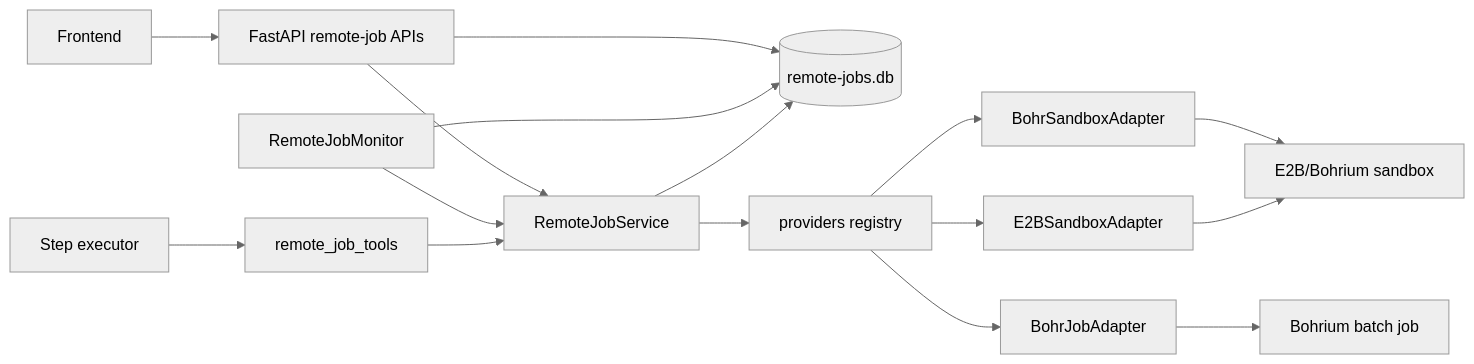
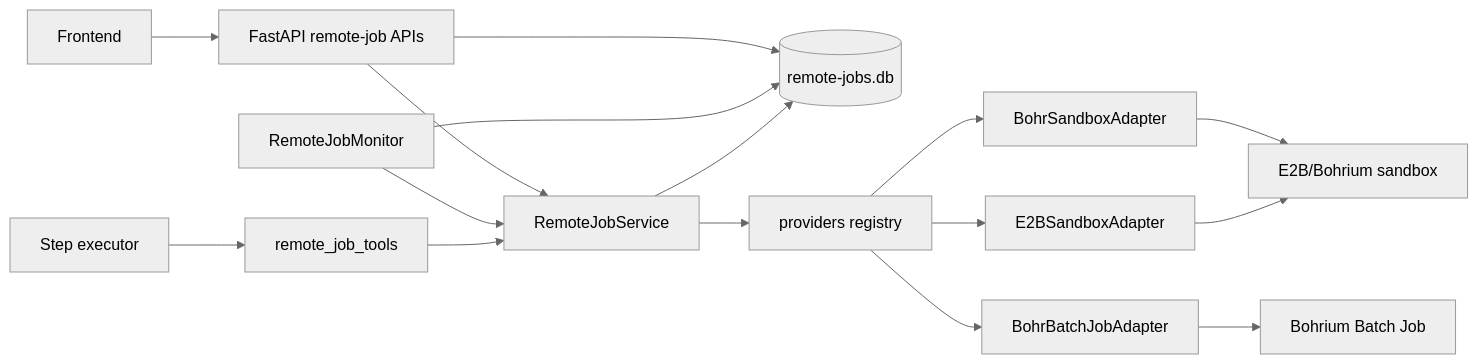
The diagram in docs/remote_job_monitoring.md (AI4MS/MatCreator), drawn with Mermaid (neutral theme) before and after one commit. The commit also changed other lines of this file and 37 other files, not shown here.

````diff
--- a/docs/remote_job_monitoring.md
+++ b/docs/remote_job_monitoring.md
@@ -18,19 +18,19 @@
 ```mermaid
 flowchart LR
     Agent[Step executor] --> Tools[remote_job_tools]
     Tools --> Service[RemoteJobService]
     Service --> Store[(remote-jobs.db)]
     Service --> Registry[providers registry]
     Registry --> E2B[E2BSandboxAdapter]
     Registry --> BohrSbx[BohrSandboxAdapter]
-    Registry --> BohrJob[BohrJobAdapter]
+    Registry --> BohrBatchJob[BohrBatchJobAdapter]
     E2B --> Sandbox[E2B/Bohrium sandbox]
     BohrSbx --> Sandbox
-    BohrJob --> Batch[Bohrium batch job]
+    BohrBatchJob --> Batch[Bohrium Batch Job]
 
     Monitor[RemoteJobMonitor] --> Service
     Monitor --> Store
     Frontend[Frontend] --> API[FastAPI remote-job APIs]
     API --> Service
     API --> Store
 ```
````
